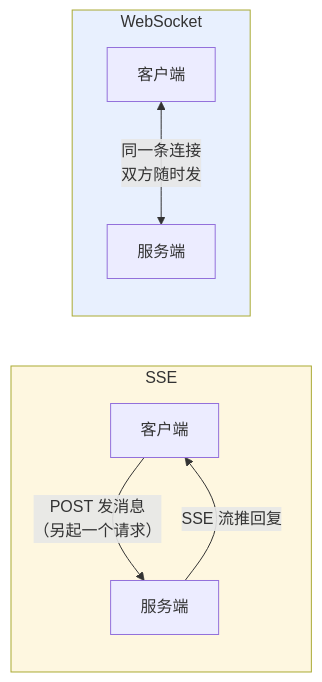
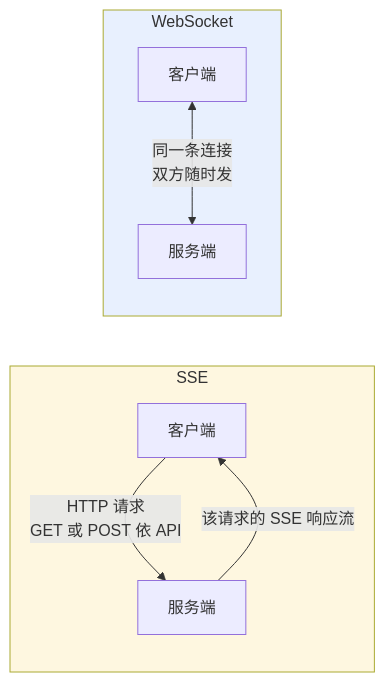
Before and after one commit to oneleaveknowsthefall/awesome-ai-roadmap: the first of 5 diagrams in docs/tools/05-transport-gateway/13-sse-websocket-webrtc.md, drawn with Mermaid. The commit also changed other lines of this file and 50 other files, not shown here.

````diff
--- a/docs/tools/05-transport-gateway/13-sse-websocket-webrtc.md
+++ b/docs/tools/05-transport-gateway/13-sse-websocket-webrtc.md
@@ -60,14 +64,14 @@
 ```mermaid
 flowchart LR
     subgraph SSE_M["SSE"]
-        C1[客户端] -->|"POST 发消息<br/>（另起一个请求）"| S1[服务端]
-        S1 -->|"SSE 流推回复"| C1
+        C1[客户端] -->|"HTTP 请求<br/>GET 或 POST 依 API"| S1[服务端]
+        S1 -->|"该请求的 SSE 响应流"| C1
     end
 
     subgraph WS_M["WebSocket"]
         C2[客户端] <-->|"同一条连接<br/>双方随时发"| S2[服务端]
     end
 
     style SSE_M fill:#fef7e0
     style WS_M fill:#e8f0fe
 ```
````
